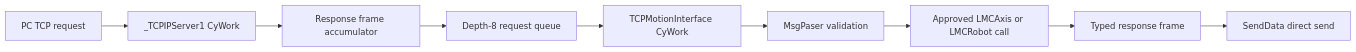
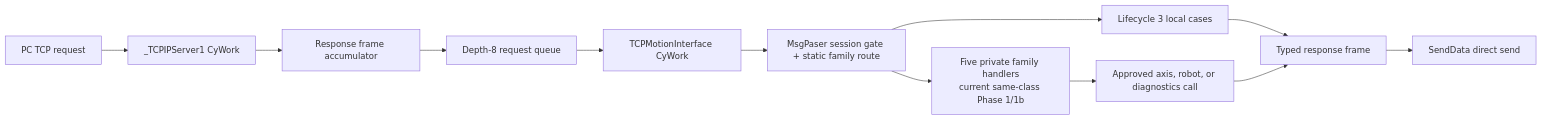
The diagram in LMC_Library/LMC_API_Delivery/docs/LASAL_CYWORK_ONLY_TCP_EXECUTION_DESIGN_2026-07-13.md (dreiven61/Elmo_Master), drawn with Mermaid before and after one commit. The commit also changed other lines of this file and 4 other files, not shown here.

````diff
--- a/LMC_Library/LMC_API_Delivery/docs/LASAL_CYWORK_ONLY_TCP_EXECUTION_DESIGN_2026-07-13.md
+++ b/LMC_Library/LMC_API_Delivery/docs/LASAL_CYWORK_ONLY_TCP_EXECUTION_DESIGN_2026-07-13.md
@@ -46,11 +54,14 @@
 ```mermaid
 flowchart LR
     A["PC TCP request"] --> B["_TCPIPServer1 CyWork"]
     B --> C["Response frame accumulator"]
     C --> D["Depth-8 request queue"]
     D --> E["TCPMotionInterface CyWork"]
-    E --> F["MsgPaser validation"]
-    F --> G["Approved LMCAxis or LMCRobot call"]
+    E --> F["MsgPaser session gate + static family route"]
+    F --> F2["Five private family handlers\ncurrent same-class Phase 1/1b"]
+    F --> L["Lifecycle 3 local cases"]
+    F2 --> G["Approved axis, robot, or diagnostics call"]
+    L --> H
     G --> H["Typed response frame"]
     H --> I["SendData direct send"]
 ```
````
